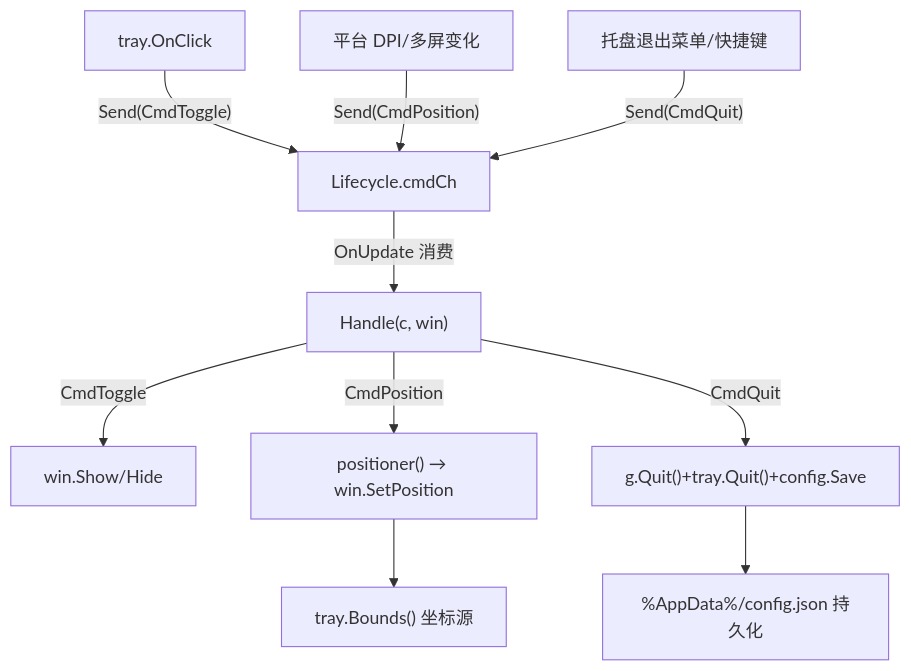
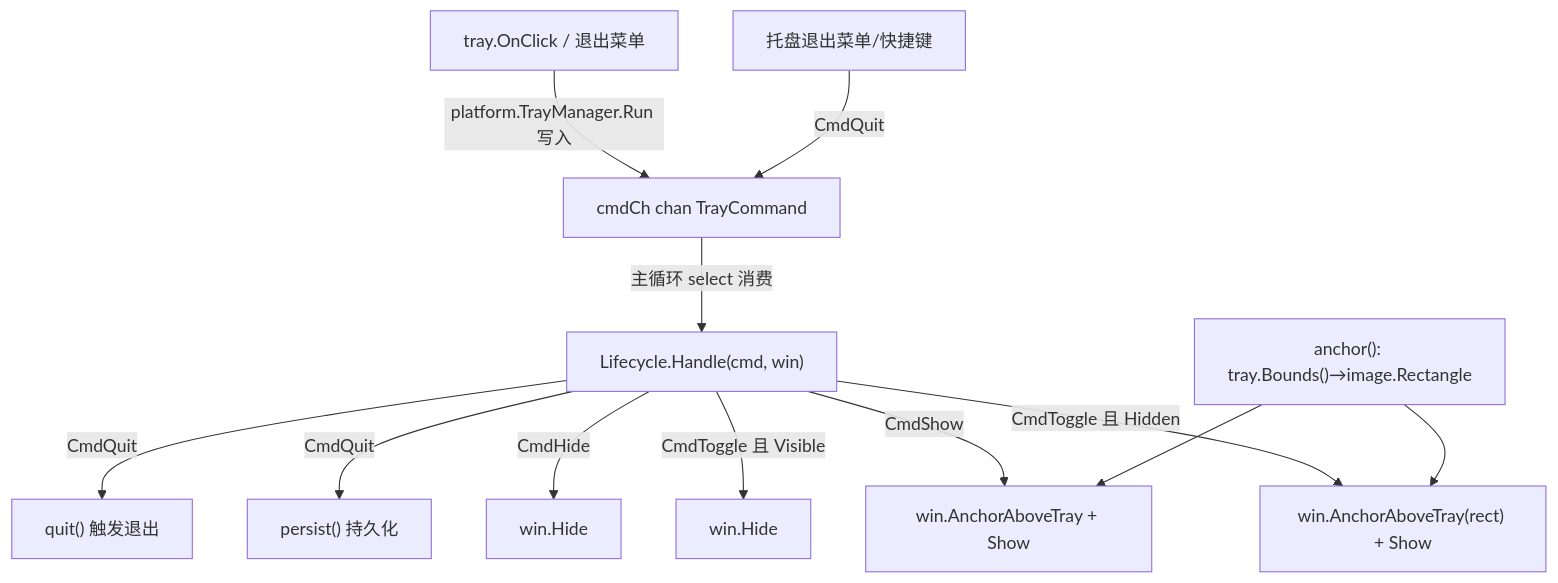
Before and after one commit to shaolei/DeskCalendar: the second of 4 diagrams in docs/10-Shell/Lifecycle.md, drawn with Mermaid. The commit also changed other lines of this file and 2 other files, not shown here.

First line of the commit message:
feat(shell): Phase3 slice #24 - Lifecycle state machine (Path D)

````diff
--- a/docs/10-Shell/Lifecycle.md
+++ b/docs/10-Shell/Lifecycle.md
@@ -70,12 +76,14 @@
 ```mermaid
 flowchart TB
-    TRAY["tray.OnClick"] -->|"Send(CmdToggle)"| LC["Lifecycle.cmdCh"]
-    TRAY2["平台 DPI/多屏变化"] -->|"Send(CmdPosition)"| LC
-    QUIT["托盘退出菜单/快捷键"] -->|"Send(CmdQuit)"| LC
-    LC -->|"OnUpdate 消费"| H["Handle(c, win)"]
-    H -->|CmdToggle| WIN["win.Show/Hide"]
-    H -->|CmdPosition| POS["positioner() → win.SetPosition"]
-    H -->|CmdQuit| Q["g.Quit()+tray.Quit()+config.Save"]
-    POS --> TB["tray.Bounds() 坐标源"]
-    Q --> CFG["%AppData%/config.json 持久化"]
+    TRAY["tray.OnClick / 退出菜单"] -->|"platform.TrayManager.Run 写入"| CH["cmdCh chan TrayCommand"]
+    QUIT["托盘退出菜单/快捷键"] -->|"CmdQuit"| CH
+    CH -->|"主循环 select 消费"| H["Lifecycle.Handle(cmd, win)"]
+    H -->|CmdToggle 且 Hidden| WIN["win.AnchorAboveTray(rect) + Show"]
+    H -->|CmdToggle 且 Visible| WIN2["win.Hide"]
+    H -->|CmdShow| WIN3["win.AnchorAboveTray + Show"]
+    H -->|CmdHide| WIN4["win.Hide"]
+    H -->|CmdQuit| P["persist() 持久化"]
+    H -->|CmdQuit| Q["quit() 触发退出"]
+    ANCHOR["anchor(): tray.Bounds()→image.Rectangle"] --> WIN
+    ANCHOR --> WIN3
 ```
````
